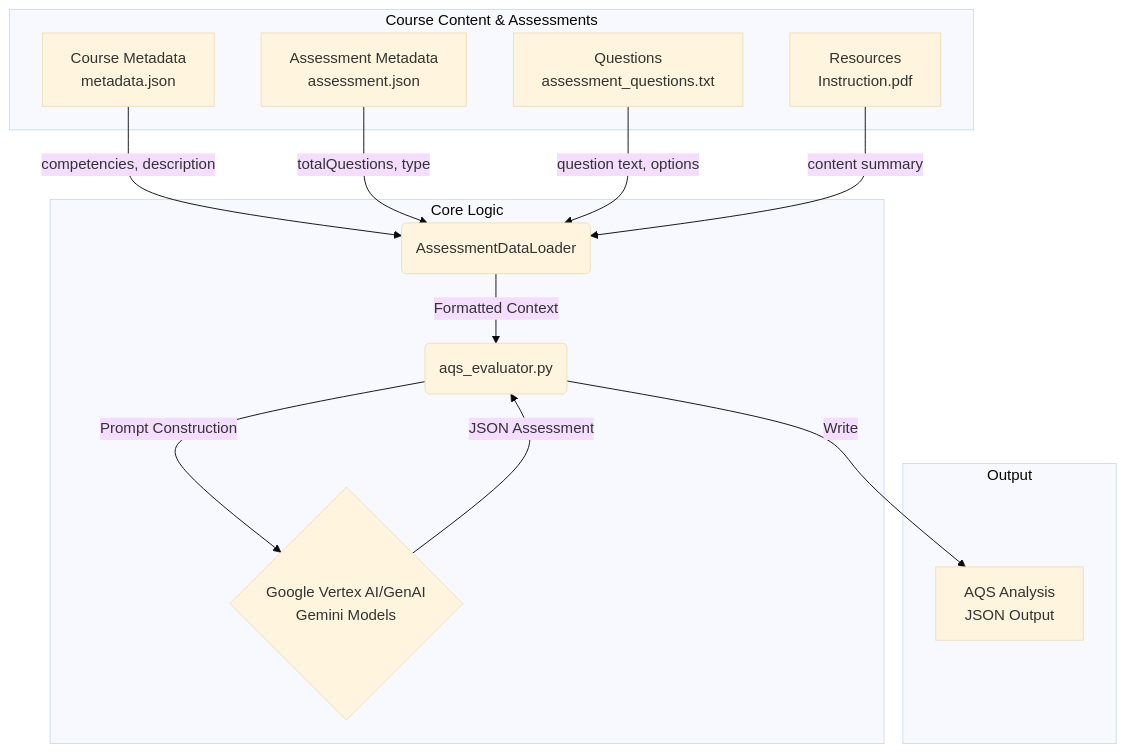
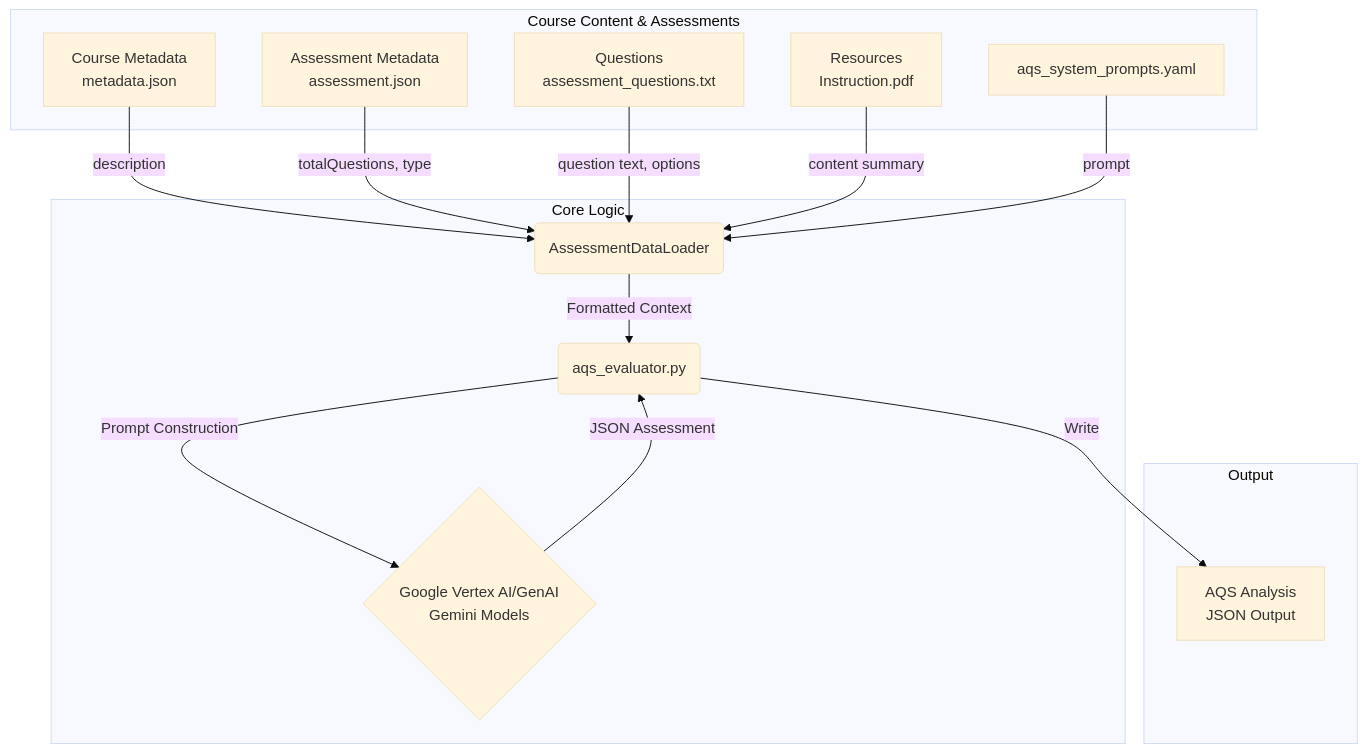
Before and after one commit to saipraneethmeduritarento/iGot-AQS-Analysis: the first of 2 diagrams in explainations/design_document.md, drawn with Mermaid (base theme). The commit also changed 20 other files, not shown here.

Commit message:
feat: Introduce AQS cost estimation, implement AQS report v2, and expand system prompts with new evaluation criteria.

````diff
--- a/explainations/design_document.md
+++ b/explainations/design_document.md
@@ -12,29 +12,32 @@
 ```mermaid
 graph TD
     subgraph Data Sources [Course Content & Assessments]
         Input1[Course Metadata<br>metadata.json]
         Input2[Assessment Metadata<br>assessment.json]
         Input3[Questions<br>assessment_questions.txt]
         Input4[Resources<br>Instruction.pdf]
+	Input5[aqs_system_prompts.yaml]
     end
 
     subgraph Core Logic
         Loader(AssessmentDataLoader)
         Evaluator(aqs_evaluator.py)
         AI{Google Vertex AI/GenAI<br>Gemini Models}
     end
 
     subgraph Output
         Result[AQS Analysis<br>JSON Output]
     end
 
-    Input1 -->|competencies, description| Loader
+    Input1 -->|description| Loader
     Input2 -->|totalQuestions, type| Loader
     Input3 -->|question text, options| Loader
     Input4 -->|content summary| Loader
+    Input5 -->|prompt| Loader
+
 
     Loader -->|Formatted Context| Evaluator
     Evaluator -->|Prompt Construction| AI
     AI -->|JSON Assessment| Evaluator
     Evaluator -->|Write| Result
 ```
````
